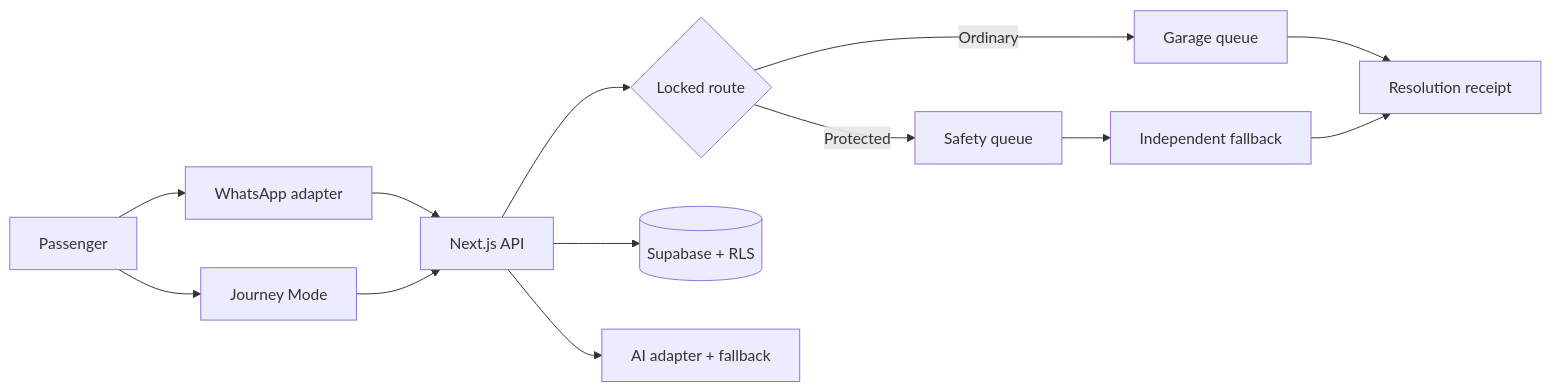
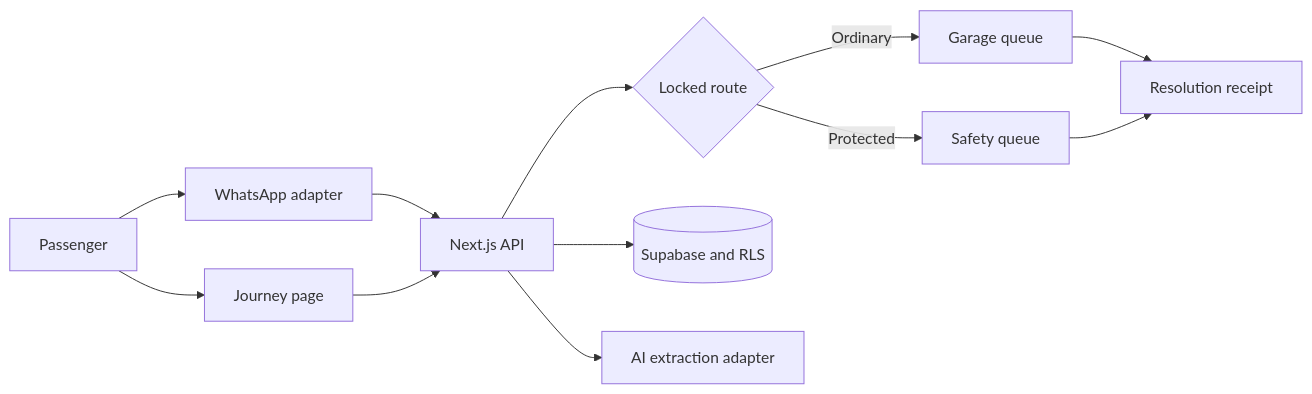
The diagram in README.md (Larriemoses/irinabo), drawn with Mermaid before and after one commit. The commit also changed other lines of this file and 14 other files, not shown here.

````diff
--- a/README.md
+++ b/README.md
@@ -52,15 +69,14 @@
 ```mermaid
 flowchart LR
   P[Passenger] --> W[WhatsApp adapter]
-  P --> J[Journey Mode]
+  P --> J[Journey page]
   W --> A[Next.js API]
   J --> A
   A --> R{Locked route}
   R -->|Ordinary| G[Garage queue]
   R -->|Protected| S[Safety queue]
-  A --> D[(Supabase + RLS)]
-  A --> I[AI adapter + fallback]
-  S --> E[Independent fallback]
+  A --> D[(Supabase and RLS)]
+  A --> I[AI extraction adapter]
   G --> C[Resolution receipt]
-  E --> C
+  S --> C
 ```
````
